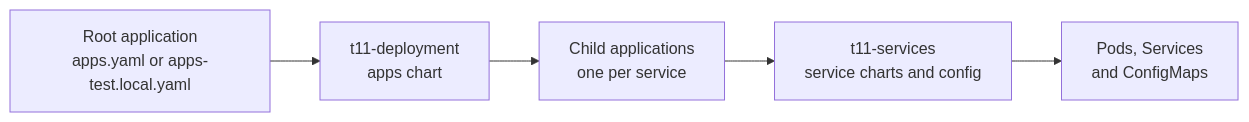
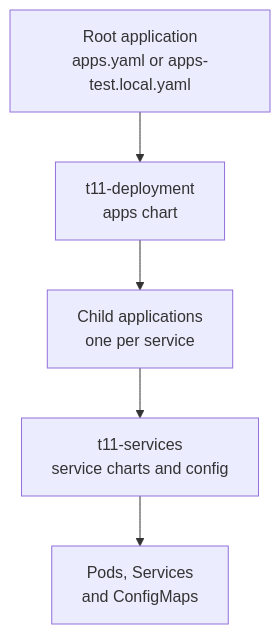
One commit to epics-containers/t11-deployment changed the diagram in docs/explanations/repositories.md. Above: the diagram before and after it, drawn with Mermaid. The commit also changed other lines of this file and 1 other file, not shown here.

````diff
--- a/docs/explanations/repositories.md
+++ b/docs/explanations/repositories.md
@@ -11,9 +54,9 @@
 ```{mermaid}
-flowchart LR
+flowchart TB
     root["Root application<br/>apps.yaml or apps-test.local.yaml"]
     deploy["t11-deployment<br/>apps chart"]
     child["Child applications<br/>one per service"]
     services["t11-services<br/>service charts and config"]
     runtime["Pods, Services<br/>and ConfigMaps"]
     root --> deploy --> child --> services --> runtime
 ```
````
